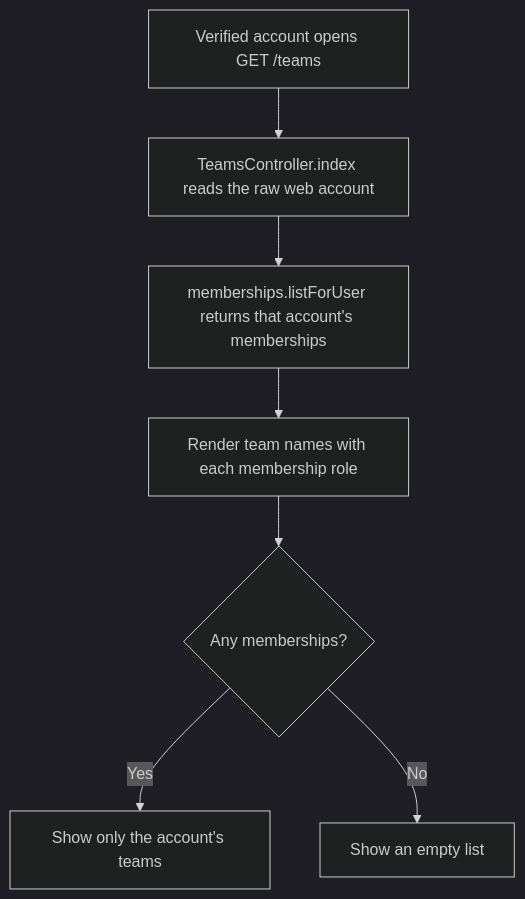
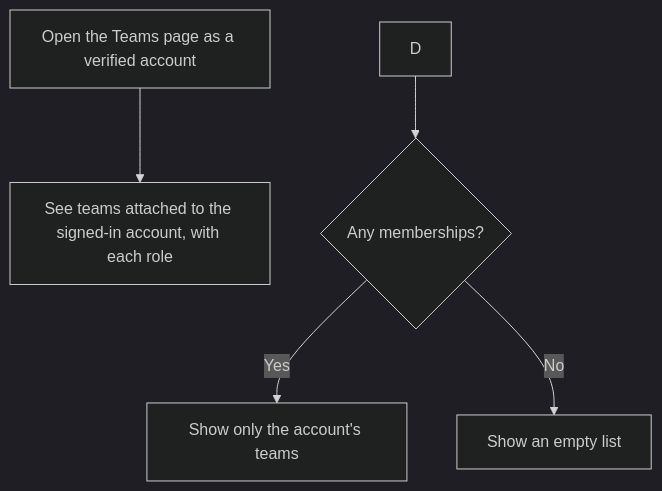
The first of 2 diagrams in user-stories/teams/us-team-02-view-teams.md (Kevinjohn/oss-adonisjs-starter-examples), drawn with Mermaid (dark theme) before and after one commit. The commit also changed 29 other files, not shown here.

````diff
--- a/user-stories/teams/us-team-02-view-teams.md
+++ b/user-stories/teams/us-team-02-view-teams.md
@@ -21,9 +21,7 @@
 ```mermaid
 flowchart TD
-    A["Verified account opens GET /teams"] --> B["TeamsController.index reads the raw web account"]
-    B --> C["memberships.listForUser returns that account's memberships"]
-    C --> D["Render team names with each membership role"]
+    A["Open the Teams page as a verified account"] --> B["See teams attached to the signed-in account, with each role"]
     D --> E{"Any memberships?"}
     E -->|Yes| F["Show only the account's teams"]
     E -->|No| G["Show an empty list"]
 ```
````
